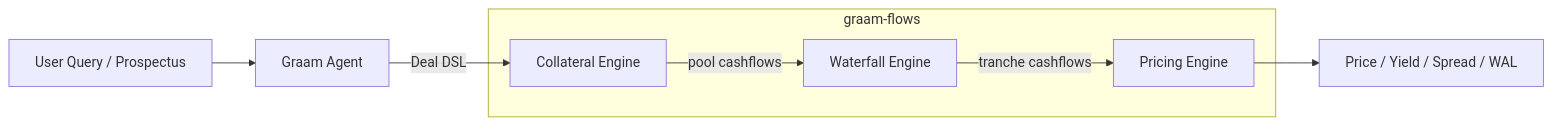
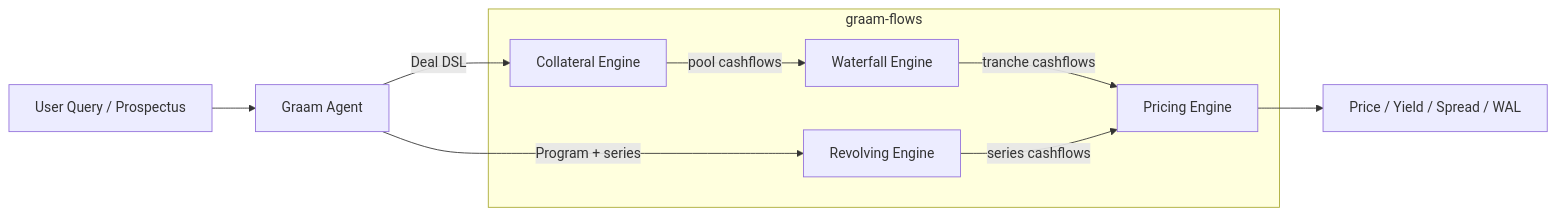
One commit to GraamOrg/graam-flows changed the diagram in README.md. Above: the diagram before and after it, drawn with Mermaid. The commit also changed other lines of this file and 2 other files, not shown here.

First line of the commit message:
docs(readme): the README covers what the engine does today; ledger and loss-check reference move to docs/

````diff
--- a/README.md
+++ b/README.md
@@ -35,10 +35,13 @@
 ```mermaid
 graph LR
     Input["User Query / Prospectus"] --> Agent["Graam Agent"]
     Agent -->|Deal DSL| D
+    Agent -->|Program + series| R
     subgraph graam-flows
         D["Collateral Engine"] -->|pool cashflows| E["Waterfall Engine"]
+        R["Revolving Engine"]
         E -->|tranche cashflows| F["Pricing Engine"]
+        R -->|series cashflows| F
     end
     F --> Output["Price / Yield / Spread / WAL"]
 ```
````
